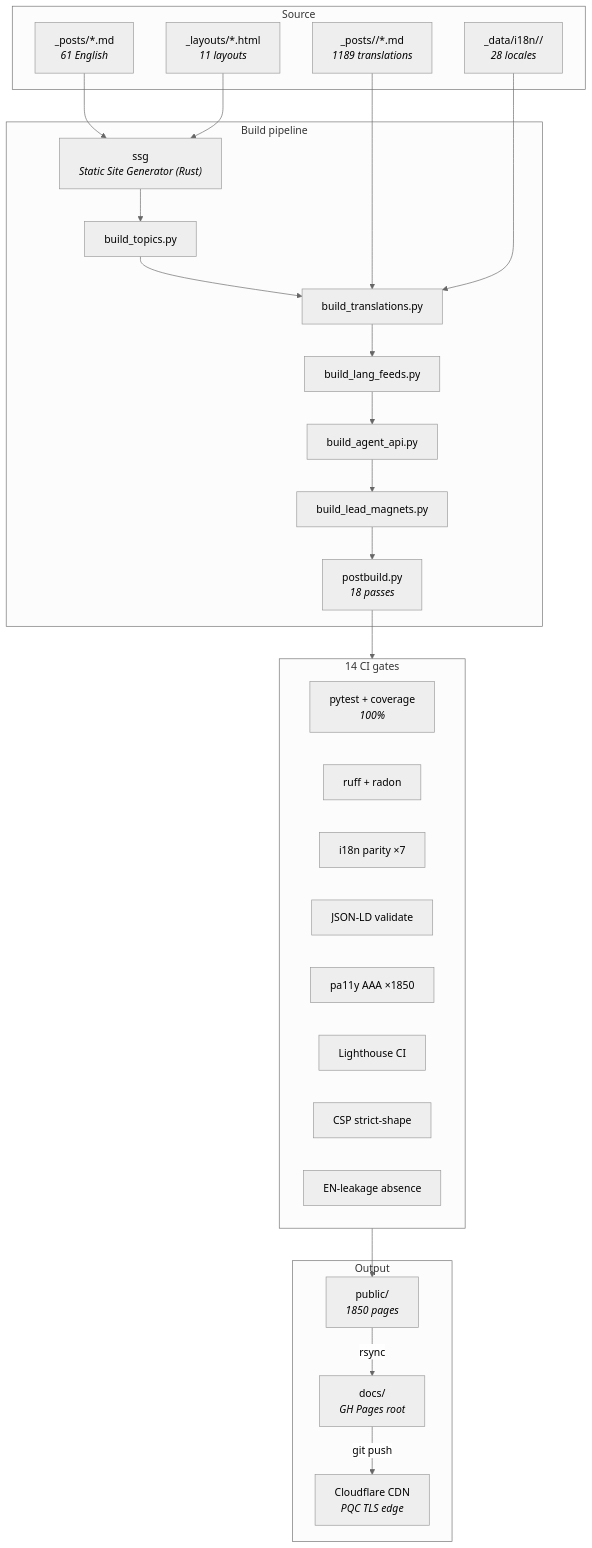
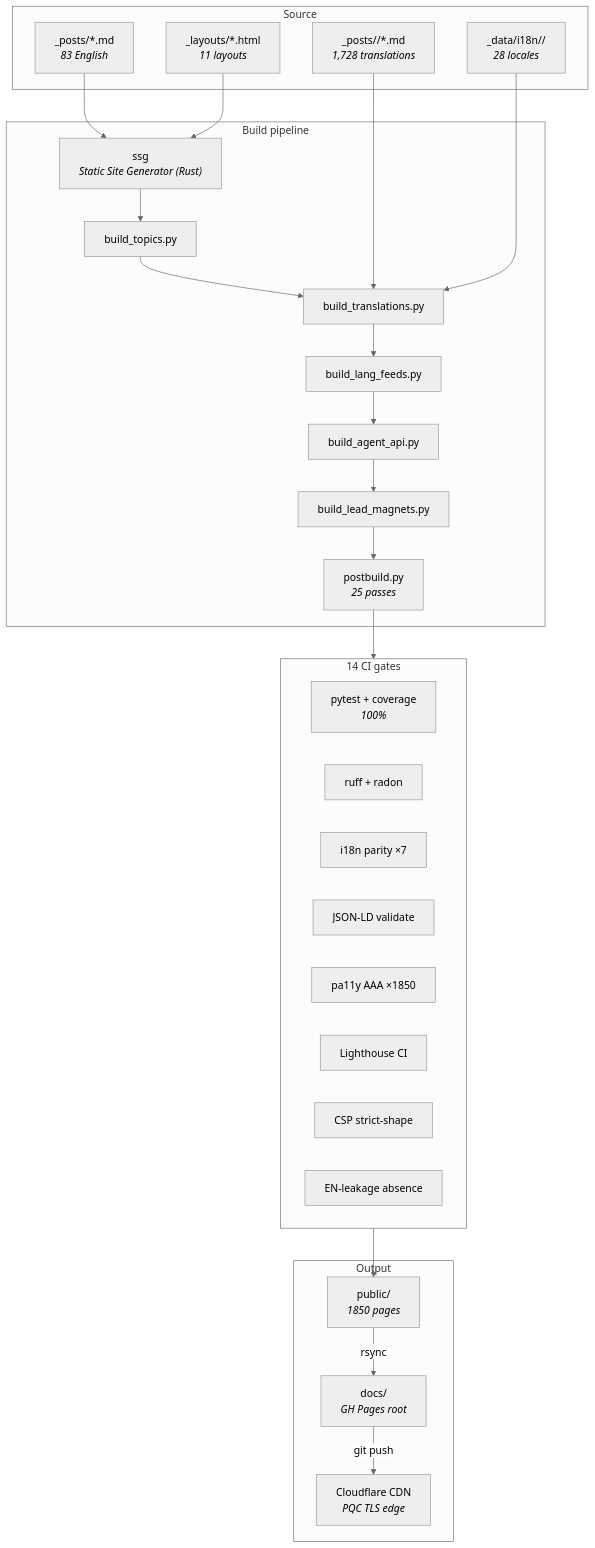
One commit to sebastienrousseau/sebastienrousseau.github.io changed the first of 7 diagrams in README.md. Above: the diagram before and after it, drawn with Mermaid. The commit also changed other lines of this file and 4452 other files, not shown here.

First line of the commit message:
chore(repo): audit quick wins + Mermaid theme + dedupe inline banner across 28 locales (#187)

````diff
--- a/README.md
+++ b/README.md
@@ -141,52 +141,52 @@
 ```mermaid
 %%{init: {'theme':'neutral'} }%%
 flowchart TB
  subgraph SRC["Source"]
- EN["_posts/*.md<br/><i>61 English</i>"]
- T["_posts/<lang>/*.md<br/><i>1189 translations</i>"]
+ EN["_posts/*.md<br/><i>83 English</i>"]
+ T["_posts/<lang>/*.md<br/><i>1,728 translations</i>"]
  L["_layouts/*.html<br/><i>11 layouts</i>"]
  D["_data/i18n/<lang>/<br/><i>28 locales</i>"]
  end
 
  subgraph BUILD["Build pipeline"]
  SSG["ssg<br/><i>Static Site Generator (Rust)</i>"]
  BT["build_topics.py"]
  BR["build_translations.py"]
  BF["build_lang_feeds.py"]
  BA["build_agent_api.py"]
  BL["build_lead_magnets.py"]
- PB["postbuild.py<br/><i>18 passes</i>"]
+ PB["postbuild.py<br/><i>25 passes</i>"]
  end
 
  subgraph GATES["14 CI gates"]
  G1["pytest + coverage<br/><i>100%</i>"]
  G2["ruff + radon"]
  G3["i18n parity ×7"]
  G4["JSON-LD validate"]
  G5["pa11y AAA ×1850"]
  G6["Lighthouse CI"]
  G7["CSP strict-shape"]
  G8["EN-leakage absence"]
  end
 
  subgraph OUT["Output"]
  P["public/<br/><i>1850 pages</i>"]
  DC["docs/<br/><i>GH Pages root</i>"]
  CF["Cloudflare CDN<br/><i>PQC TLS edge</i>"]
  end
 
  EN --> SSG
  L --> SSG
  SSG --> BT
  BT --> BR
  T --> BR
  D --> BR
  BR --> BF
  BF --> BA
  BA --> BL
  BL --> PB
  PB --> GATES
  GATES --> P
  P -->|rsync| DC
  DC -->|git push| CF
 ```
````
